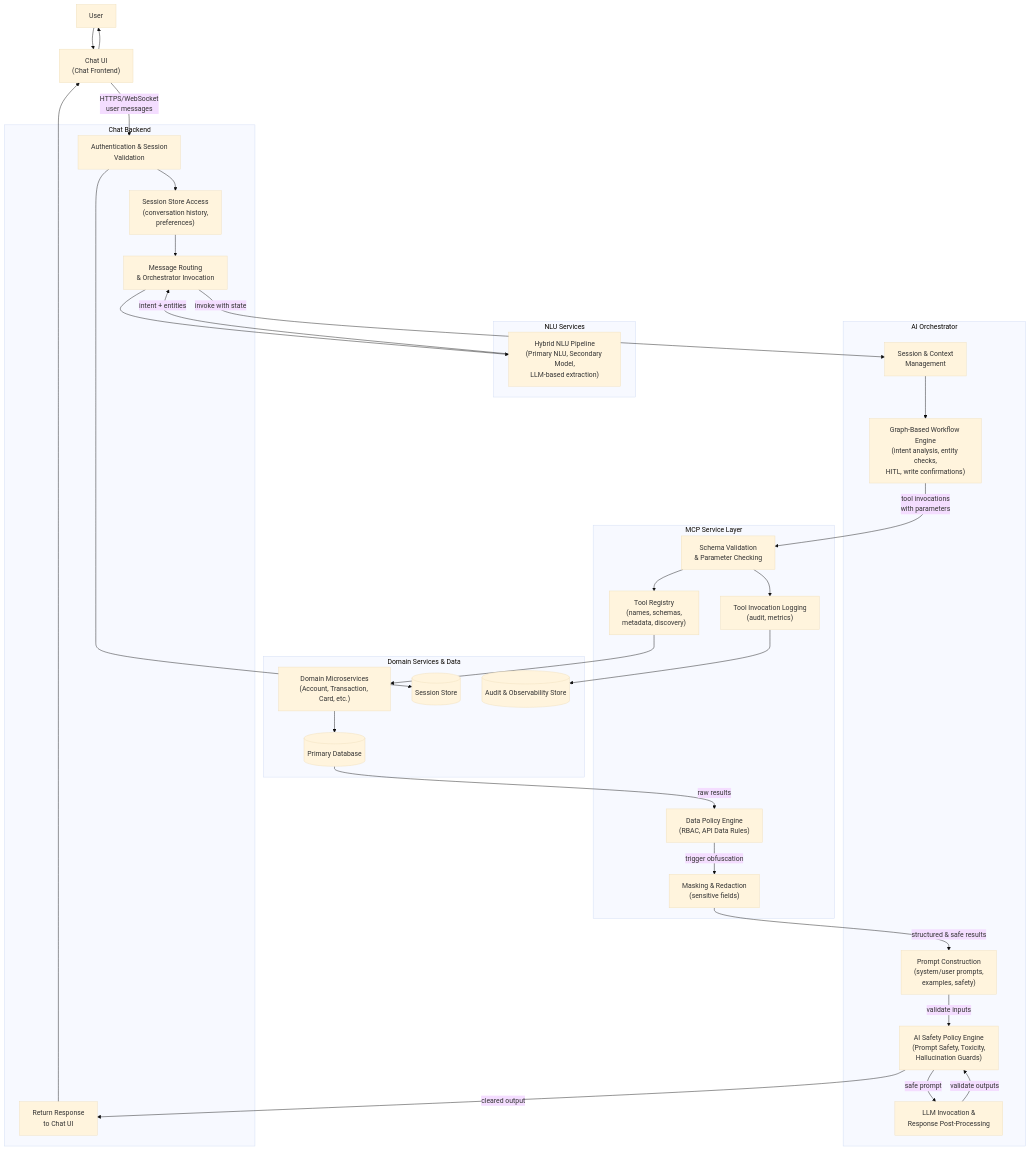
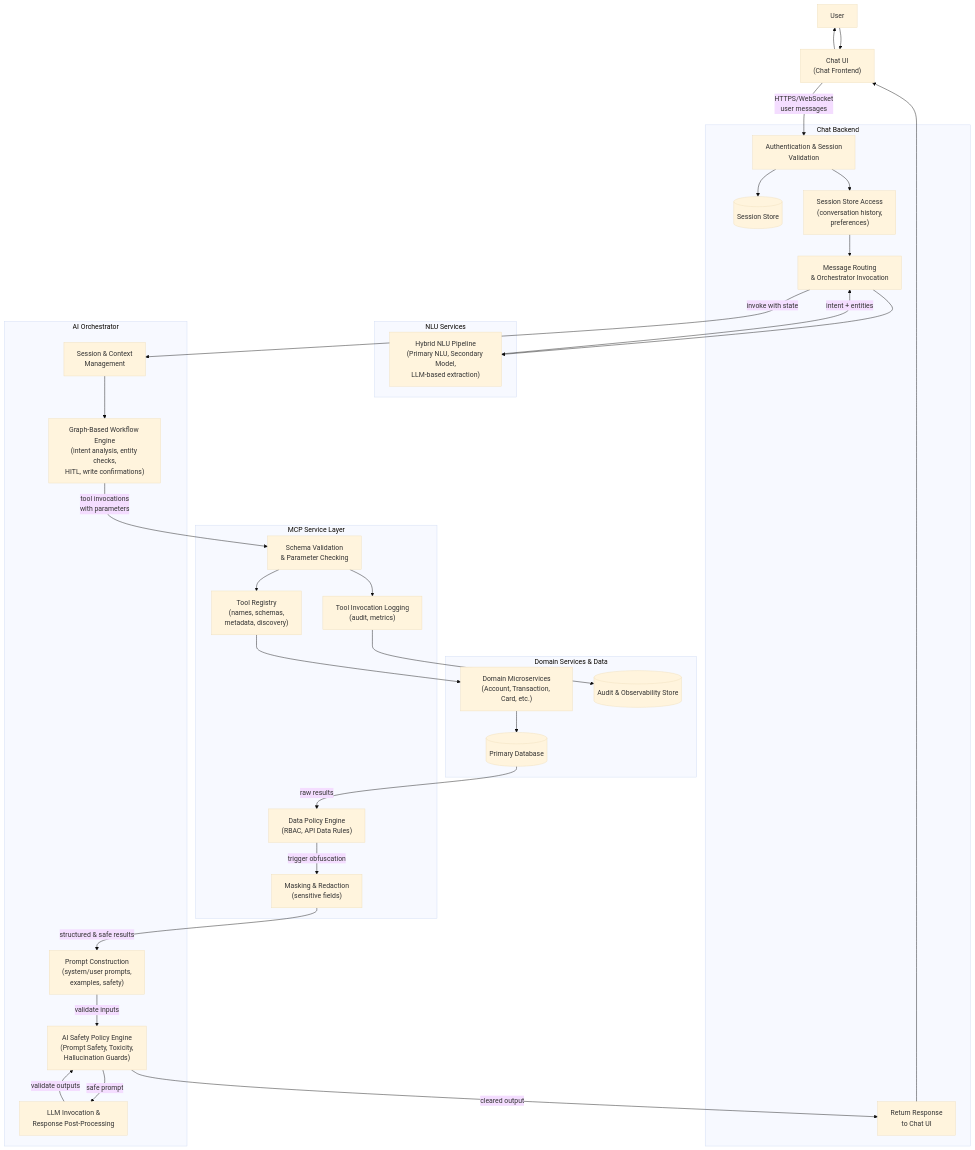
The first of 3 diagrams in docs/archive/white+paper_banking_chat.md (kishorekota-dev/map_demo), drawn with Mermaid (base theme) before and after one commit. The commit also changed other lines of this file, not shown here.

Commit message:
add session store to backend flowchart for clarity

````diff
--- a/docs/archive/white+paper_banking_chat.md
+++ b/docs/archive/white+paper_banking_chat.md
@@ -80,65 +80,65 @@
 ```mermaid
 flowchart TD
   U[User] --> UI["Chat UI<br/>(Chat Frontend)"]
 
   subgraph Backend["Chat Backend"]
     AUTH["Authentication & Session<br/>Validation"]
+    SSTORE[("Session Store")]
     SESS["Session Store Access<br/>(conversation history,<br/>preferences)"]
     ROUTE["Message Routing<br/>& Orchestrator Invocation"]
     OUT["Return Response<br/>to Chat UI"]
   end
 
   subgraph NLULayer["NLU Services"]
     NLU_PIPE["Hybrid NLU Pipeline<br/>(Primary NLU, Secondary Model,<br/>LLM-based extraction)"]
   end
 
   subgraph Orchestrator["AI Orchestrator"]
     CTX["Session & Context<br/>Management"]
     WF["Graph-Based Workflow Engine<br/>(intent analysis, entity checks,<br/>HITL, write confirmations)"]
     PROMPTS["Prompt Construction<br/>(system/user prompts,<br/>examples, safety)"]
     POLICY_AI["AI Safety Policy Engine<br/>(Prompt Safety, Toxicity,<br/>Hallucination Guards)"]
     RESP["LLM Invocation &<br/>Response Post-Processing"]
   end
 
   subgraph MCP["MCP Service Layer"]
     VAL["Schema Validation<br/>& Parameter Checking"]
     REG["Tool Registry<br/>(names, schemas,<br/>metadata, discovery)"]
     POLICY_MCP["Data Policy Engine<br/>(RBAC, API Data Rules)"]
     MASK["Masking & Redaction<br/>(sensitive fields)"]
     LOG["Tool Invocation Logging<br/>(audit, metrics)"]
   end
 
   subgraph Domain["Domain Services & Data"]
     SVC["Domain Microservices<br/>(Account, Transaction, Card, etc.)"]
     DB[("Primary Database")]
-    SSTORE[("Session Store")]
     AUDIT[("Audit & Observability Store")]
   end
 
   UI -->|HTTPS/WebSocket<br/>user messages| AUTH
   AUTH --> SESS
   AUTH --> SSTORE
   SESS --> ROUTE
   ROUTE --> NLU_PIPE
   NLU_PIPE -->|intent + entities| ROUTE
   ROUTE -->|invoke with state| CTX
   CTX --> WF
 
   WF -->|tool invocations<br/>with parameters| VAL
   VAL --> REG
   VAL --> LOG
   LOG --> AUDIT
 
   REG --> SVC
   SVC --> DB
   DB -->|raw results| POLICY_MCP
   POLICY_MCP -->|trigger obfuscation| MASK
   MASK -->|structured & safe results| PROMPTS
 
   PROMPTS -->|validate inputs| POLICY_AI
   POLICY_AI -->|safe prompt| RESP
   RESP -->|validate outputs| POLICY_AI
   POLICY_AI -->|cleared output| OUT
   OUT --> UI
   UI --> U
 ```
````
